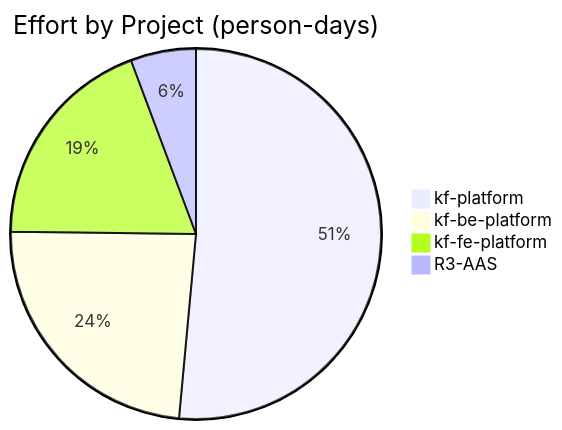
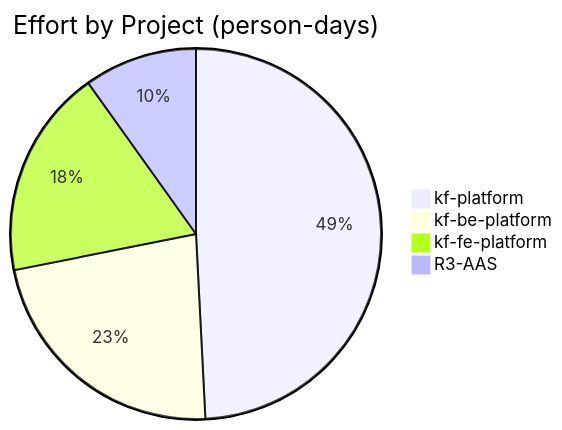
Before and after one commit to Katty-Fashion/kf-cpto: the first of 6 diagrams in docs/unified-calendar.md, drawn with Mermaid. The commit also changed other lines of this file and 12 other files, not shown here.

````diff
--- a/docs/unified-calendar.md
+++ b/docs/unified-calendar.md
@@ -10,7 +10,7 @@
 ```mermaid
 pie title Effort by Project (person-days)
     "kf-platform" : 167.0
     "kf-be-platform" : 77.0
     "kf-fe-platform" : 62.0
-    "R3-AAS" : 18.5
+    "R3-AAS" : 33.5
 ```
````
